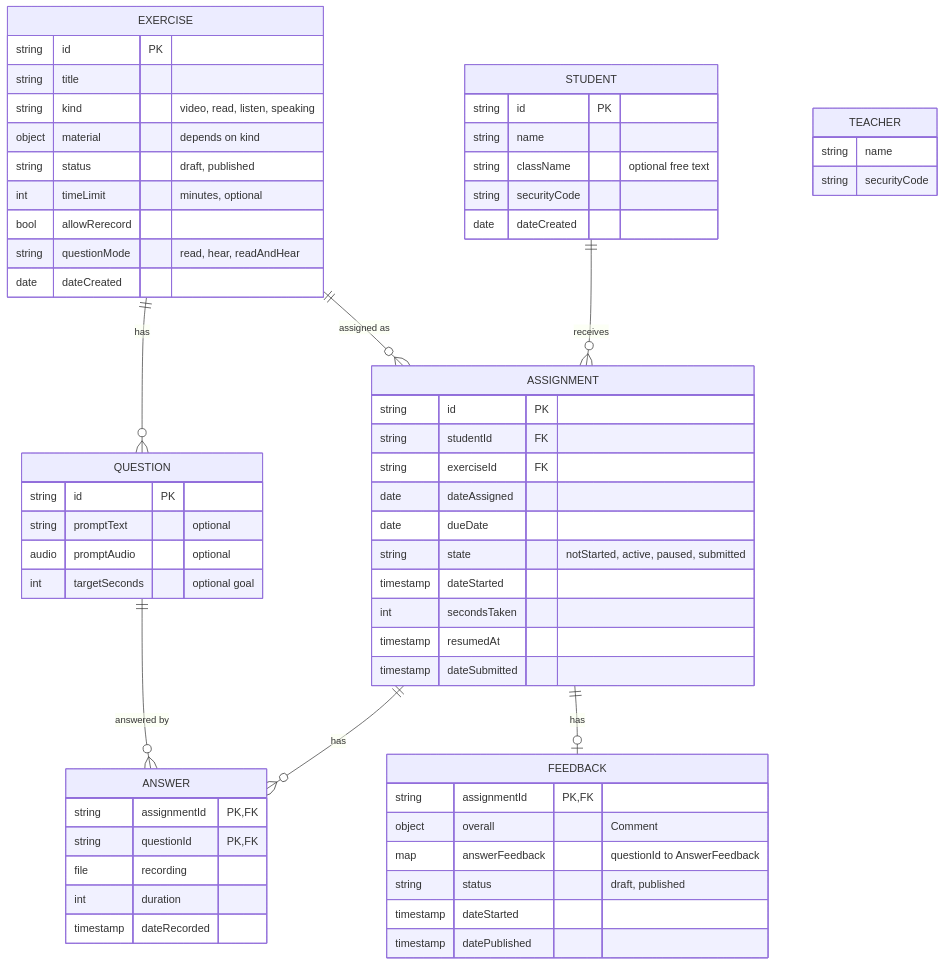
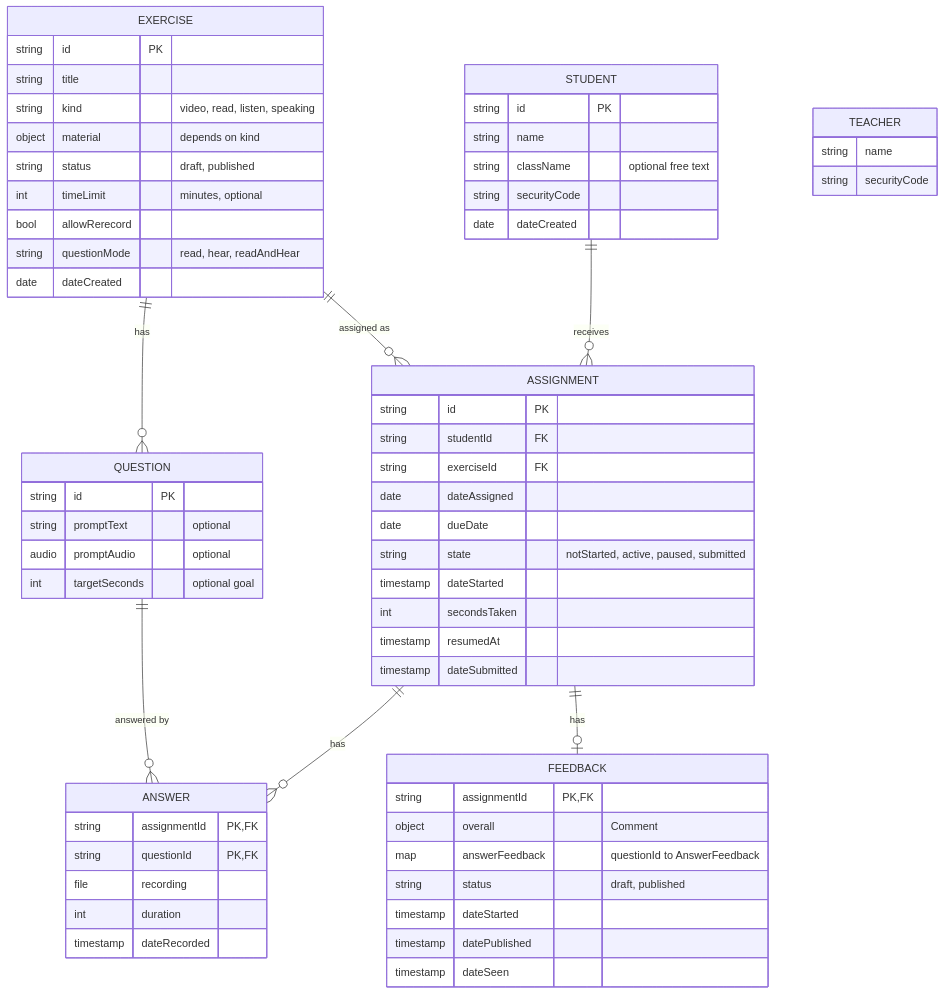
One commit to jmagaram/hamorahlimor-prototype changed the diagram in docs/data-model.md. Above: the diagram before and after it, drawn with Mermaid. The commit also changed other lines of this file and 13 other files, not shown here.

````diff
--- a/docs/data-model.md
+++ b/docs/data-model.md
@@ -5,64 +5,65 @@
 ```mermaid
 erDiagram
   STUDENT ||--o{ ASSIGNMENT : receives
   EXERCISE ||--o{ ASSIGNMENT : "assigned as"
   EXERCISE ||--o{ QUESTION : has
   ASSIGNMENT ||--o{ ANSWER : has
   QUESTION ||--o{ ANSWER : "answered by"
   ASSIGNMENT ||--o| FEEDBACK : has
   TEACHER {
     string name
     string securityCode
   }
   STUDENT {
     string id PK
     string name
     string className "optional free text"
     string securityCode
     date dateCreated
   }
   EXERCISE {
     string id PK
     string title
     string kind "video, read, listen, speaking"
     object material "depends on kind"
     string status "draft, published"
     int timeLimit "minutes, optional"
     bool allowRerecord
     string questionMode "read, hear, readAndHear"
     date dateCreated
   }
   QUESTION {
     string id PK
     string promptText "optional"
     audio promptAudio "optional"
     int targetSeconds "optional goal"
   }
   ASSIGNMENT {
     string id PK
     string studentId FK
     string exerciseId FK
     date dateAssigned
     date dueDate
     string state "notStarted, active, paused, submitted"
     timestamp dateStarted
     int secondsTaken
     timestamp resumedAt
     timestamp dateSubmitted
   }
   ANSWER {
     string assignmentId PK, FK
     string questionId PK, FK
     file recording
     int duration
     timestamp dateRecorded
   }
   FEEDBACK {
     string assignmentId PK, FK
     object overall "Comment"
     map answerFeedback "questionId to AnswerFeedback"
     string status "draft, published"
     timestamp dateStarted
     timestamp datePublished
+    timestamp dateSeen
   }
 ```
````
